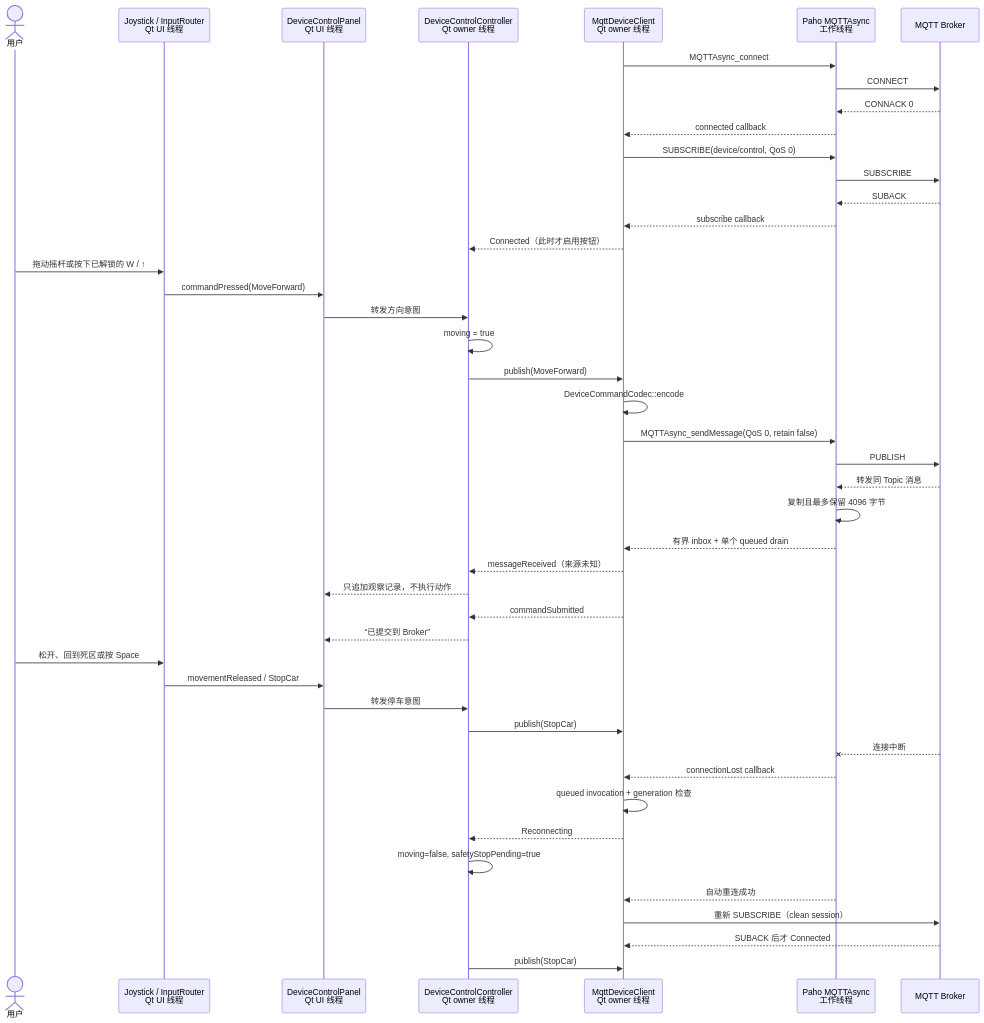
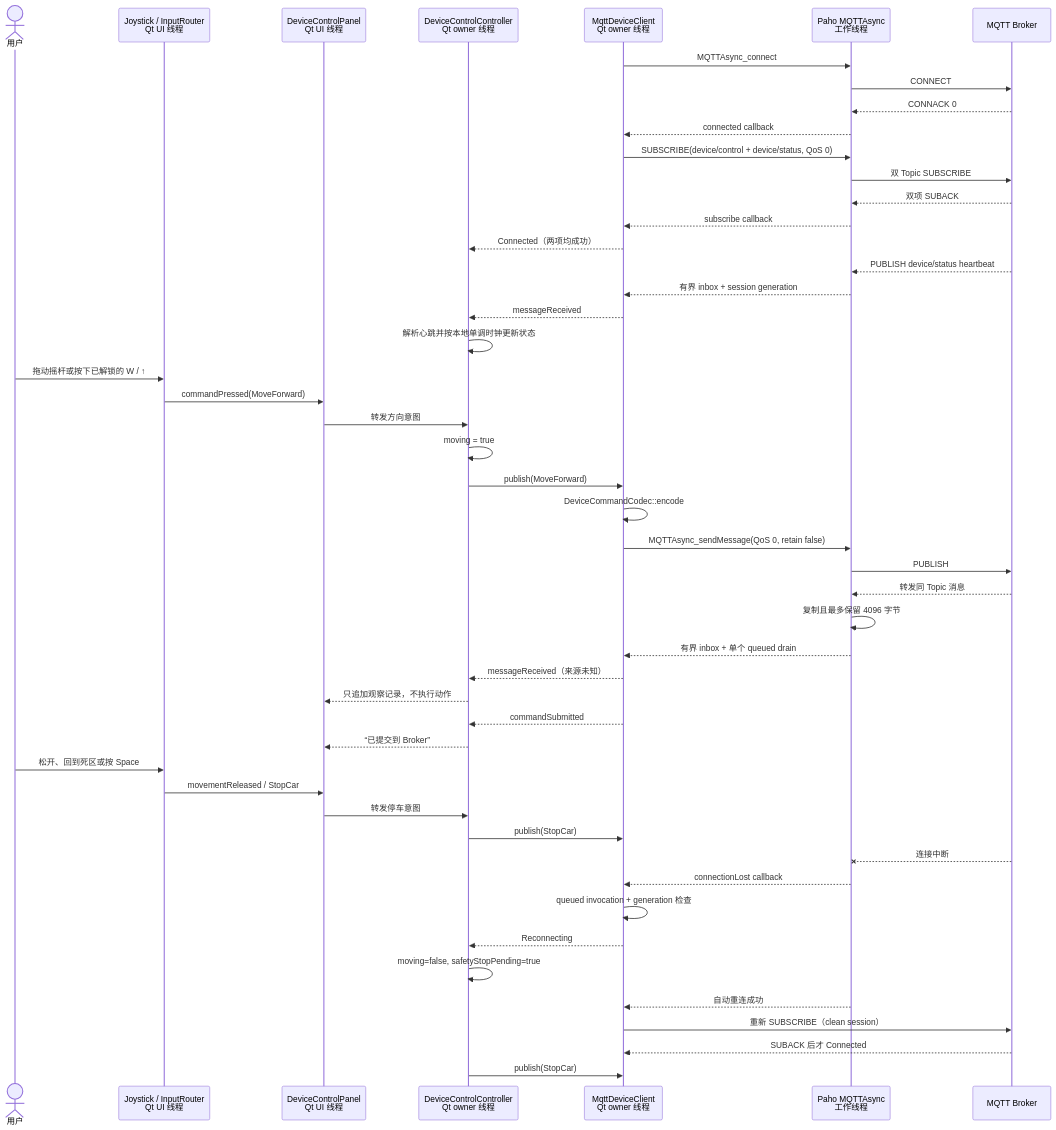
Before and after one commit to FKstack/rtmpProject: the fourth of 5 diagrams in docs/architecture/saved_stream_and_mqtt_device_control.md, drawn with Mermaid. The commit also changed other lines of this file and 6 other files, not shown here.

````diff
--- a/docs/architecture/saved_stream_and_mqtt_device_control.md
+++ b/docs/architecture/saved_stream_and_mqtt_device_control.md
@@ -300,51 +314,56 @@
 ```mermaid
 sequenceDiagram
     actor User as 用户
     participant Input as Joystick / InputRouter<br/>Qt UI 线程
     participant Panel as DeviceControlPanel<br/>Qt UI 线程
     participant Controller as DeviceControlController<br/>Qt owner 线程
     participant Client as MqttDeviceClient<br/>Qt owner 线程
     participant Paho as Paho MQTTAsync<br/>工作线程
     participant Broker as MQTT Broker
 
     Client->>Paho: MQTTAsync_connect
     Paho->>Broker: CONNECT
     Broker-->>Paho: CONNACK 0
     Paho-->>Client: connected callback
-    Client->>Paho: SUBSCRIBE(device/control, QoS 0)
-    Paho->>Broker: SUBSCRIBE
-    Broker-->>Paho: SUBACK
+    Client->>Paho: SUBSCRIBE(device/control + device/status, QoS 0)
+    Paho->>Broker: 双 Topic SUBSCRIBE
+    Broker-->>Paho: 双项 SUBACK
     Paho-->>Client: subscribe callback
-    Client-->>Controller: Connected（此时才启用按钮）
+    Client-->>Controller: Connected（两项均成功）
+
+    Broker-->>Paho: PUBLISH device/status heartbeat
+    Paho-->>Client: 有界 inbox + session generation
+    Client-->>Controller: messageReceived
+    Controller->>Controller: 解析心跳并按本地单调时钟更新状态
 
     User->>Input: 拖动摇杆或按下已解锁的 W / ↑
     Input->>Panel: commandPressed(MoveForward)
     Panel->>Controller: 转发方向意图
     Controller->>Controller: moving = true
     Controller->>Client: publish(MoveForward)
     Client->>Client: DeviceCommandCodec::encode
     Client->>Paho: MQTTAsync_sendMessage(QoS 0, retain false)
     Paho->>Broker: PUBLISH
     Broker-->>Paho: 转发同 Topic 消息
     Paho->>Paho: 复制且最多保留 4096 字节
     Paho-->>Client: 有界 inbox + 单个 queued drain
     Client-->>Controller: messageReceived（来源未知）
     Controller-->>Panel: 只追加观察记录，不执行动作
     Client-->>Controller: commandSubmitted
     Controller-->>Panel: “已提交到 Broker”
 
     User->>Input: 松开、回到死区或按 Space
     Input->>Panel: movementReleased / StopCar
     Panel->>Controller: 转发停车意图
     Controller->>Client: publish(StopCar)
 
     Broker--xPaho: 连接中断
     Paho-->>Client: connectionLost callback
     Client->>Client: queued invocation + generation 检查
     Client-->>Controller: Reconnecting
     Controller->>Controller: moving=false, safetyStopPending=true
     Paho-->>Client: 自动重连成功
     Client->>Broker: 重新 SUBSCRIBE（clean session）
     Broker-->>Client: SUBACK 后才 Connected
     Controller->>Client: publish(StopCar)
 ```
````
